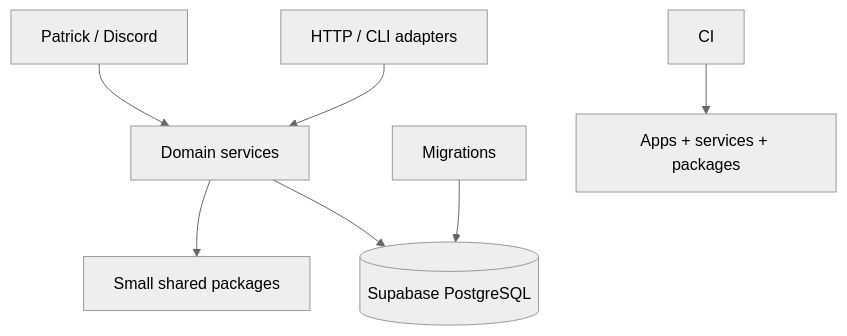
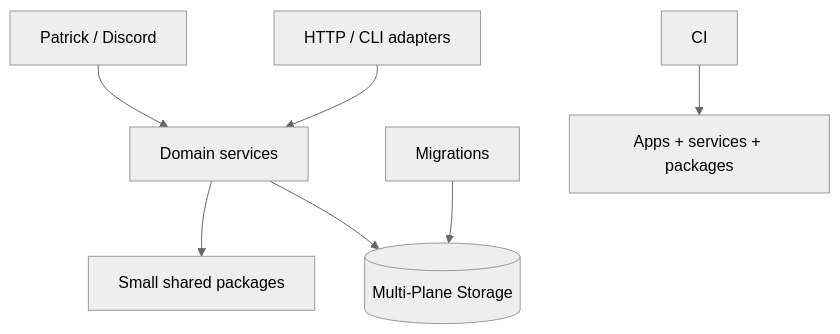
One commit to the-pirated-sardar/prateek-project-docs changed the first of 2 diagrams in prateek-os-docs/systems/platform-core/study-guide.md. Above: the diagram before and after it, drawn with Mermaid (neutral theme). The commit also changed other lines of this file and 42 other files, not shown here.

````diff
--- a/prateek-os-docs/systems/platform-core/study-guide.md
+++ b/prateek-os-docs/systems/platform-core/study-guide.md
@@ -23,9 +23,9 @@
 ```mermaid
 flowchart TB
     Patrick[Patrick / Discord] --> Domains[Domain services]
     API[HTTP / CLI adapters] --> Domains
     Domains --> Shared[Small shared packages]
-    Domains --> DB[(Supabase PostgreSQL)]
+    Domains --> DB[(Multi-Plane Storage)]
     M[Migrations] --> DB
     CI[CI] --> Apps[Apps + services + packages]
 ```
````
